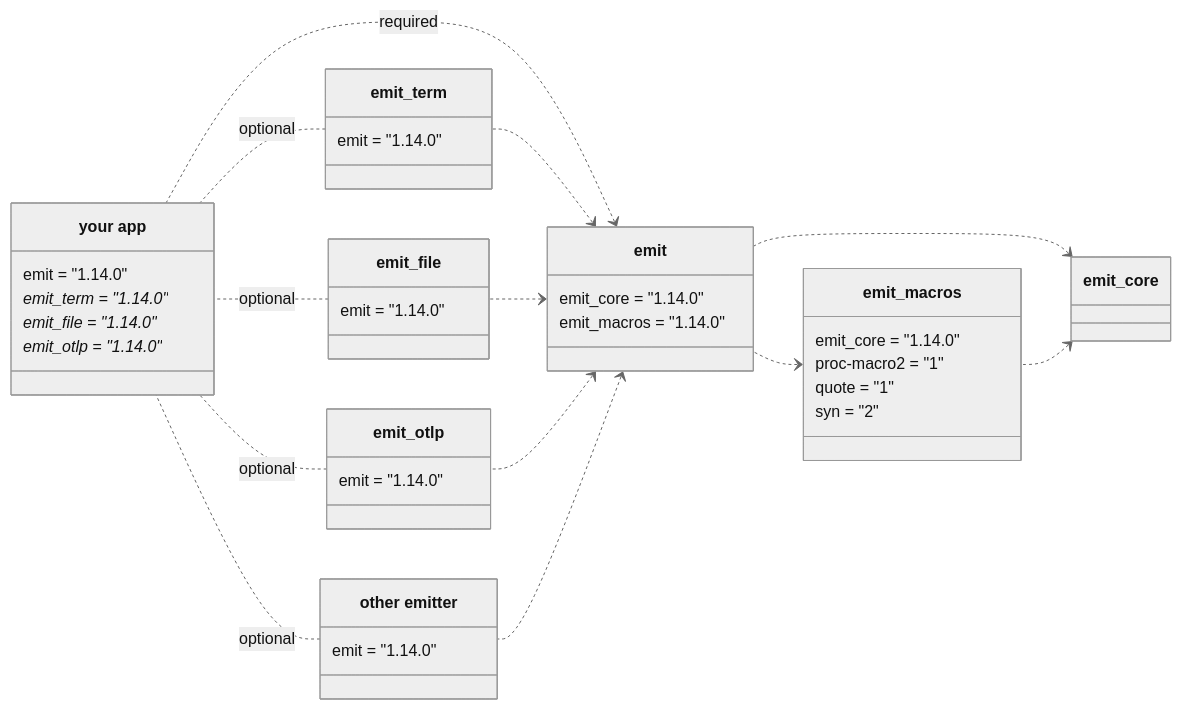
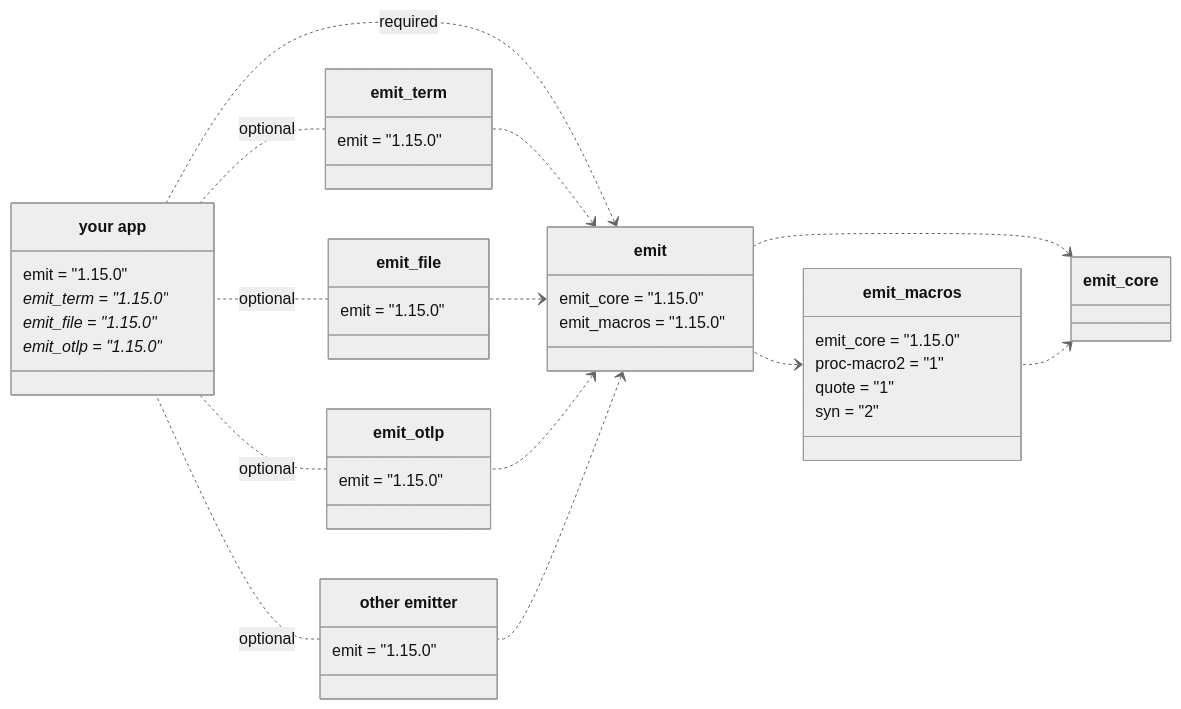
Before and after one commit to emit-rs/emit: the first of 5 diagrams in book/src/reference/architecture.md, drawn with Mermaid (neutral theme). The commit also changed other lines of this file and 67 other files, not shown here.

````diff
--- a/book/src/reference/architecture.md
+++ b/book/src/reference/architecture.md
@@ -9,62 +9,62 @@
 ```mermaid
 classDiagram
     direction RL
     
     emit_core <.. emit_macros
     emit_core <.. emit
     emit_macros <.. emit
 
     class emit_macros {
-        emit_core = "1.14.0"
+        emit_core = "1.15.0"
         proc-macro2 = "1"
         quote = "1"
         syn = "2"
     }
 
     emit <.. emit_term
     emit <.. emit_file
     emit <.. emit_otlp
     emit <.. emit_custom
 
     emit <.. app : required
 
     class emit {
-        emit_core = "1.14.0"
-        emit_macros = "1.14.0"
+        emit_core = "1.15.0"
+        emit_macros = "1.15.0"
     }
 
     emit_term .. app : optional
     emit_file .. app : optional
     emit_otlp .. app : optional
     emit_custom .. app : optional
 
     class emit_term {
-        emit = "1.14.0"
+        emit = "1.15.0"
     }
 
     class emit_file {
-        emit = "1.14.0"
+        emit = "1.15.0"
     }
 
     class emit_otlp {
-        emit = "1.14.0"
+        emit = "1.15.0"
     }
 
     class emit_custom["other emitter"] {
-        emit = "1.14.0"
+        emit = "1.15.0"
     }
 
     class app["your app"] {
-        emit = "1.14.0"
-        emit_term = "1.14.0"*
-        emit_file = "1.14.0"*
-        emit_otlp = "1.14.0"*
+        emit = "1.15.0"
+        emit_term = "1.15.0"*
+        emit_file = "1.15.0"*
+        emit_otlp = "1.15.0"*
     }
 
-    click emit_core href "https://docs.rs/emit_core/1.14.0/emit_core/index.html"
-    click emit_macros href "https://docs.rs/emit_macros/1.14.0/emit_macros/index.html"
-    click emit href "https://docs.rs/emit/1.14.0/emit/index.html"
-    click emit_term href "https://docs.rs/emit_term/1.14.0/emit_term/index.html"
-    click emit_file href "https://docs.rs/emit_file/1.14.0/emit_file/index.html"
-    click emit_otlp href "https://docs.rs/emit_otlp/1.14.0/emit_otlp/index.html"
+    click emit_core href "https://docs.rs/emit_core/1.15.0/emit_core/index.html"
+    click emit_macros href "https://docs.rs/emit_macros/1.15.0/emit_macros/index.html"
+    click emit href "https://docs.rs/emit/1.15.0/emit/index.html"
+    click emit_term href "https://docs.rs/emit_term/1.15.0/emit_term/index.html"
+    click emit_file href "https://docs.rs/emit_file/1.15.0/emit_file/index.html"
+    click emit_otlp href "https://docs.rs/emit_otlp/1.15.0/emit_otlp/index.html"
 ```
````
